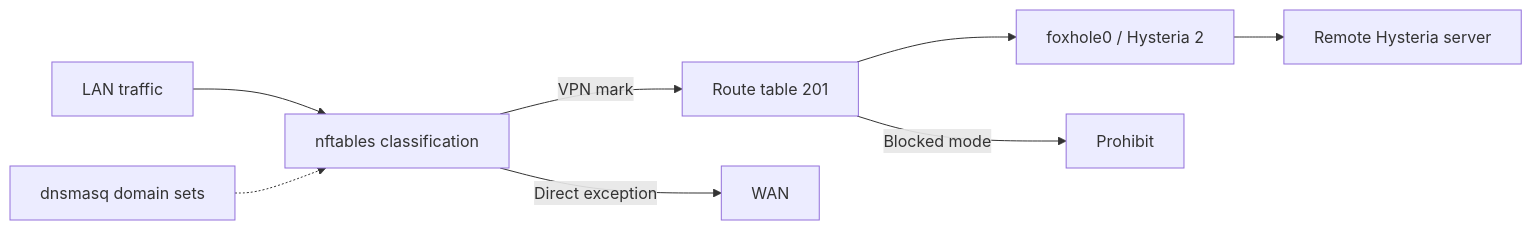
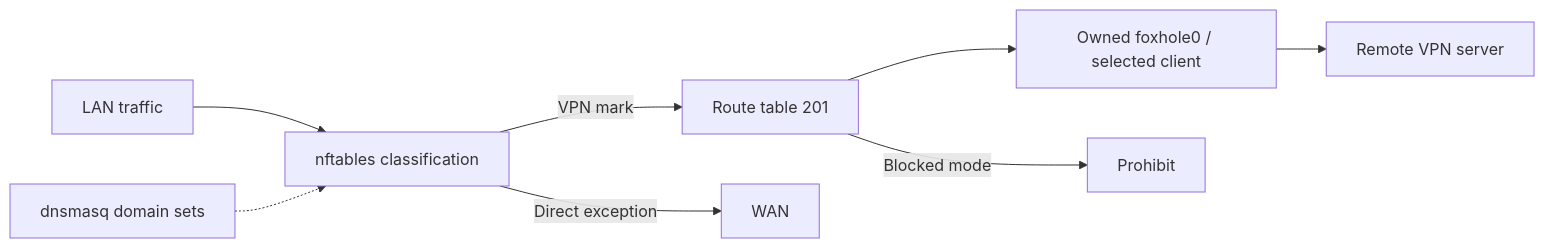
One commit to foxhole-team/foxhole-openwrt-client changed the second of 2 diagrams in docs/ARCHITECTURE.md. Above: the diagram before and after it, drawn with Mermaid. The commit also changed other lines of this file and 222 other files, not shown here.

````diff
--- a/docs/ARCHITECTURE.md
+++ b/docs/ARCHITECTURE.md
@@ -26,10 +29,10 @@
 ```mermaid
 flowchart LR
     LAN["LAN traffic"] --> Rules["nftables classification"]
     DNS["dnsmasq domain sets"] -.-> Rules
     Rules -->|"VPN mark"| Table["Route table 201"]
-    Table --> TUN["foxhole0 / Hysteria 2"]
-    TUN --> Upstream["Remote Hysteria server"]
+    Table --> TUN["Owned foxhole0 / selected client"]
+    TUN --> Upstream["Remote VPN server"]
     Rules -->|"Direct exception"| WAN["WAN"]
     Table -->|"Blocked mode"| Drop["Prohibit"]
 ```
````
